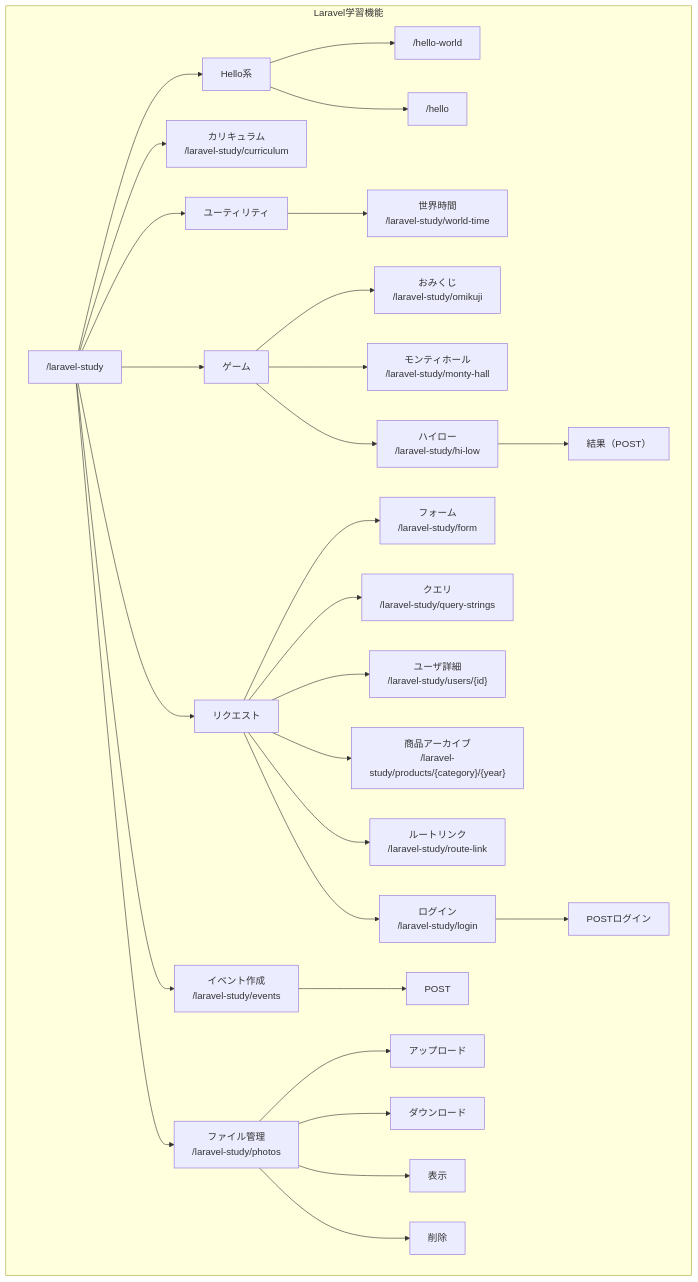
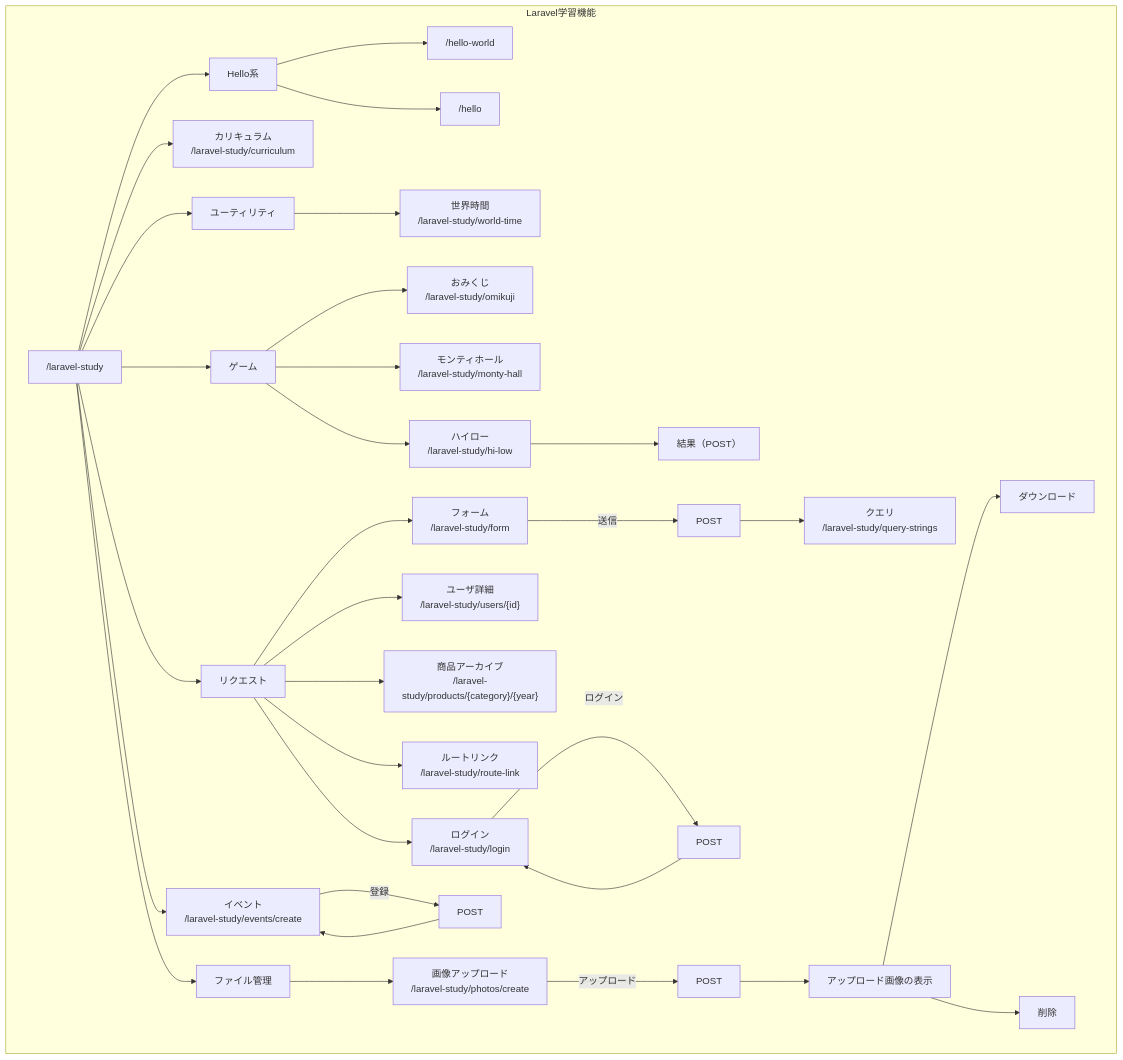
The third of 3 diagrams in docs/screen-transition.md (k-hondo/laravel-study), drawn with Mermaid before and after one commit.

Commit message:
docs: 画面遷移図修正

````diff
--- a/docs/screen-transition.md
+++ b/docs/screen-transition.md
@@ -62,43 +62,47 @@
 ```mermaid
 flowchart TD
 
 %% =========================
 %% Laravel学習
 %% =========================
 subgraph Study["Laravel学習機能"]
     STUDY_TOP["/laravel-study"]
 
     STUDY_TOP --> HELLO["Hello系"]
     HELLO --> HELLO1["/hello-world"]
     HELLO --> HELLO2["/hello"]
 
     STUDY_TOP --> CURRICULUM["カリキュラム<br>/laravel-study/curriculum"]
 
     STUDY_TOP --> UTILITY["ユーティリティ"]
     UTILITY --> WORLD_TIME["世界時間<br>/laravel-study/world-time"]
 
     STUDY_TOP --> GAME["ゲーム"]
     GAME --> OMIKUJI["おみくじ<br>/laravel-study/omikuji"]
     GAME --> MONTY["モンティホール<br>/laravel-study/monty-hall"]
     GAME --> HILOW["ハイロー<br>/laravel-study/hi-low"]
     HILOW --> HILOW_RESULT["結果（POST）"]
 
     STUDY_TOP --> REQUEST["リクエスト"]
     REQUEST --> FORM["フォーム<br>/laravel-study/form"]
-    REQUEST --> QUERY["クエリ<br>/laravel-study/query-strings"]
+    FORM -->|送信| FORM_POST["POST"]
+    FORM_POST --> QUERY["クエリ<br>/laravel-study/query-strings"]
     REQUEST --> PROFILE["ユーザ詳細<br>/laravel-study/users/{id}"]
     REQUEST --> PRODUCT["商品アーカイブ<br>/laravel-study/products/{category}/{year}"]
     REQUEST --> ROUTE_LINK["ルートリンク<br>/laravel-study/route-link"]
     REQUEST --> LOGIN_FORM["ログイン<br>/laravel-study/login"]
-    LOGIN_FORM --> LOGIN_EXEC["POSTログイン"]
+    LOGIN_FORM -->|ログイン| LOGIN_EXEC["POST"]
+    LOGIN_EXEC --> LOGIN_FORM
 
-    STUDY_TOP --> EVENT["イベント作成<br>/laravel-study/events"]
-    EVENT --> EVENT_STORE["POST"]
+    STUDY_TOP --> EVENT["イベント<br>/laravel-study/events/create"]
+    EVENT -->|登録| EVENT_STORE["POST"]
+    EVENT_STORE --> EVENT
 
-    STUDY_TOP --> FILE["ファイル管理<br>/laravel-study/photos"]
-    FILE --> PHOTO_CREATE["アップロード"]
-    FILE --> PHOTO_DOWNLOAD["ダウンロード"]
-    FILE --> PHOTO_SHOW["表示"]
-    FILE --> PHOTO_DELETE["削除"]
+    STUDY_TOP --> FILE["ファイル管理"]
+    FILE --> PHOTO_CREATE["画像アップロード<br>/laravel-study/photos/create"]
+    PHOTO_CREATE -->|アップロード| PHOTO_POST["POST"]
+    PHOTO_POST --> PHOTO_SHOW["アップロード画像の表示"]
+    PHOTO_SHOW --> PHOTO_DOWNLOAD["ダウンロード"]
+    PHOTO_SHOW --> PHOTO_DELETE["削除"]
 end
 ```
````
